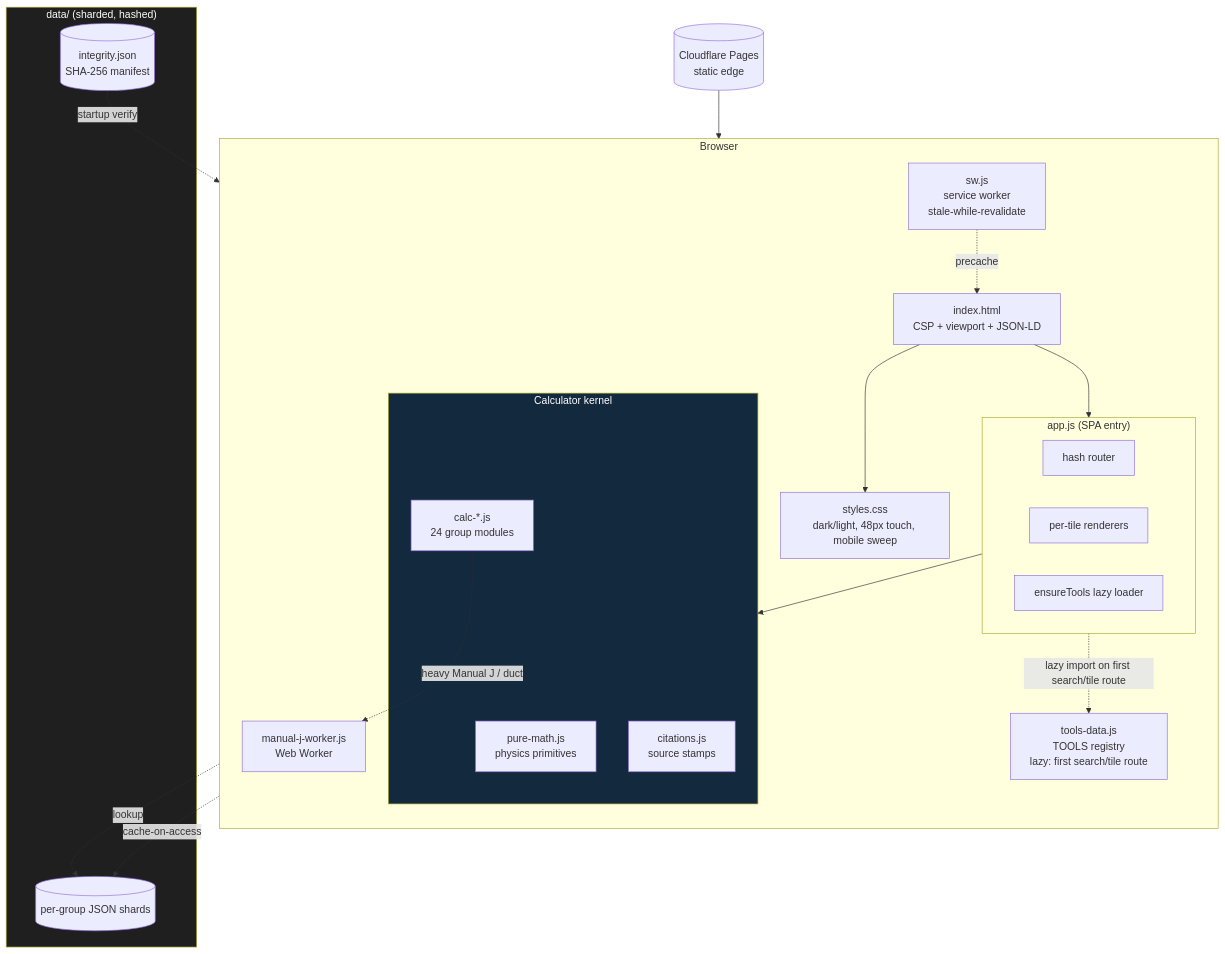
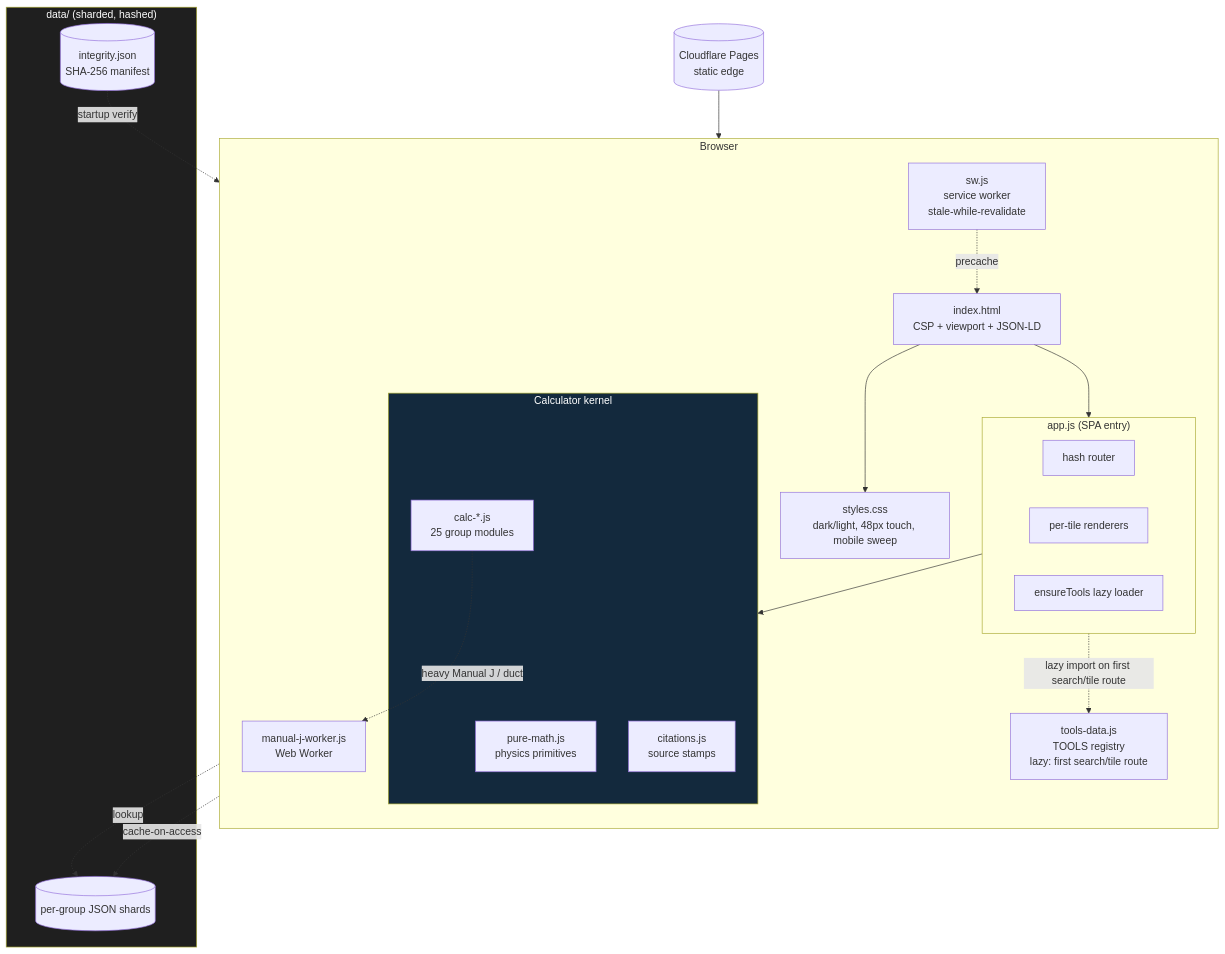
The second of 6 diagrams in README.md (clay-good/roughlogic.com), drawn with Mermaid before and after one commit. The commit also changed other lines of this file and 1 other file, not shown here.

````diff
--- a/README.md
+++ b/README.md
@@ -77,39 +77,39 @@
 ```mermaid
 flowchart TB
     subgraph Browser
         direction TB
         HTML[index.html\nCSP + viewport + JSON-LD]
         CSS[styles.css\ndark/light, 48px touch, mobile sweep]
         subgraph App["app.js (SPA entry)"]
             ROUTE[hash router]
             RENDER[per-tile renderers]
             ENSURE[ensureTools lazy loader]
         end
         TOOLS[tools-data.js\nTOOLS registry\nlazy: first search/tile route]
         subgraph Calc["Calculator kernel"]
             PM[pure-math.js\nphysics primitives]
-            CALC[calc-*.js\n24 group modules]
+            CALC[calc-*.js\n25 group modules]
             CIT[citations.js\nsource stamps]
         end
         SW[sw.js\nservice worker\nstale-while-revalidate]
         WORKER[manual-j-worker.js\nWeb Worker]
     end
     subgraph Data["data/ (sharded, hashed)"]
         SHARDS[(per-group JSON shards)]
         INTEG[(integrity.json\nSHA-256 manifest)]
     end
     CDN[(Cloudflare Pages\nstatic edge)]
 
     CDN --> HTML
     HTML --> CSS
     HTML --> App
     App -.lazy import on first search/tile route.-> TOOLS
     App --> Calc
     CALC -.->|heavy Manual J / duct| WORKER
     CALC -.->|lookup| SHARDS
     SW -.precache.-> HTML
     SW -.cache-on-access.-> SHARDS
     INTEG -.startup verify.-> App
     style Calc fill:#13293d,color:#fff
     style Data fill:#1f1f1f,color:#fff
 ```
````
